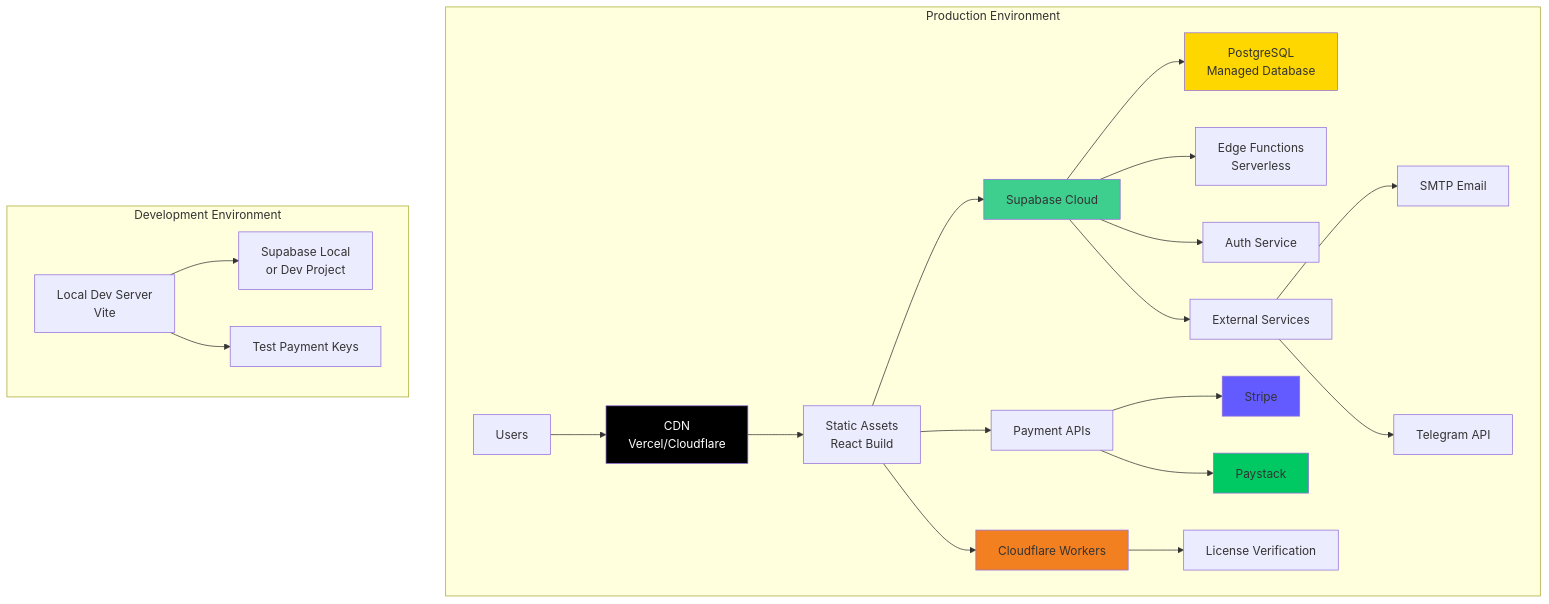
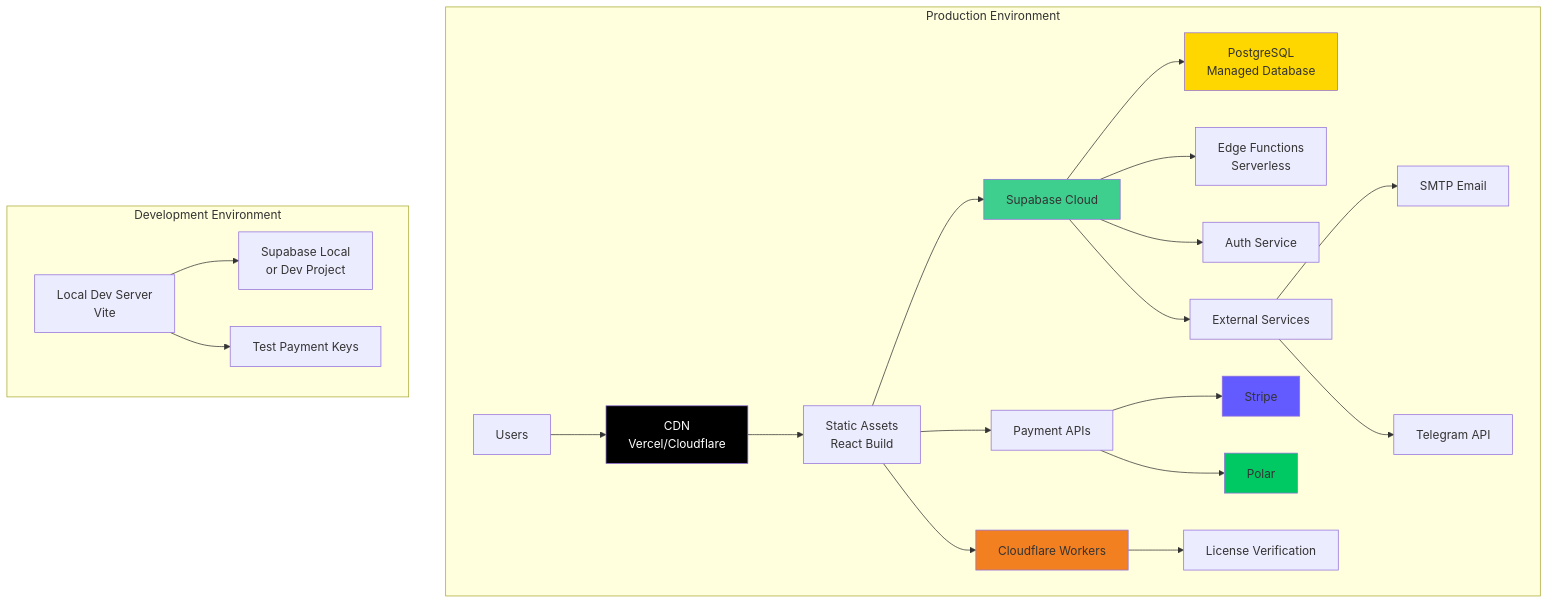
Before and after one commit to Algo-Trading-with-Ighodalo-Gold/algo-vista-hub: the sixth of 6 diagrams in ARCHITECTURE.md, drawn with Mermaid. The commit also changed other lines of this file and 59 other files, not shown here.

````diff
--- a/ARCHITECTURE.md
+++ b/ARCHITECTURE.md
@@ -301,35 +301,35 @@
 ```mermaid
 graph TB
     subgraph "Production Environment"
         A[Users] --> B[CDN<br/>Vercel/Cloudflare]
         B --> C[Static Assets<br/>React Build]
         
         C --> D[Supabase Cloud]
         D --> E[PostgreSQL<br/>Managed Database]
         D --> F[Edge Functions<br/>Serverless]
         D --> G[Auth Service]
         
         C --> H[Payment APIs]
         H --> I[Stripe]
-        H --> J[Paystack]
+        H --> J[Polar]
         
         C --> K[Cloudflare Workers]
         K --> L[License Verification]
         
         D --> M[External Services]
         M --> N[SMTP Email]
         M --> O[Telegram API]
     end
     
     subgraph "Development Environment"
         P[Local Dev Server<br/>Vite] --> Q[Supabase Local<br/>or Dev Project]
         P --> R[Test Payment Keys]
     end
     
     style B fill:#000000,color:#fff
     style D fill:#3ECF8E
     style E fill:#FFD700
     style I fill:#635BFF
     style J fill:#00C964
     style K fill:#F38020
 ```
````
